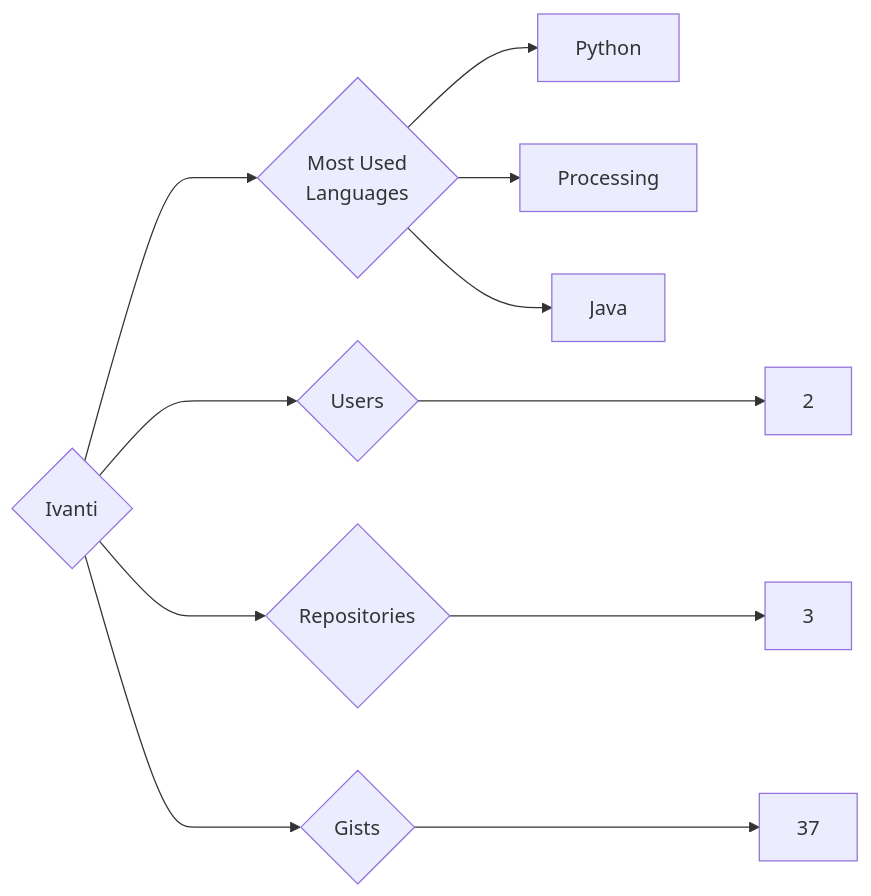
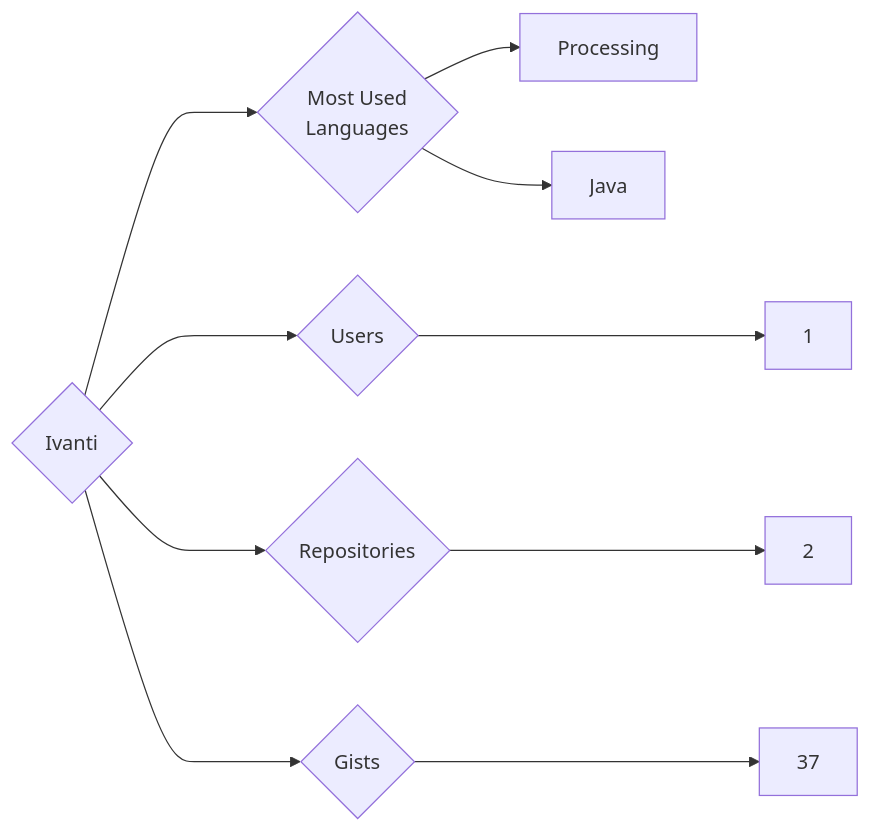
One commit to trickest/insiders changed the diagram in targets/Ivanti/README.md. Above: the diagram before and after it, drawn with Mermaid. The commit also changed 815 other files, not shown here.

````diff
--- a/targets/Ivanti/README.md
+++ b/targets/Ivanti/README.md
@@ -3,11 +3,10 @@
 ```mermaid
 graph LR
 COMPANY_NAME{Ivanti}
-COMPANY_NAME ---> U{Users} ---> UN[2]
-COMPANY_NAME ---> R{Repositories} ---> RN[3]
+COMPANY_NAME ---> U{Users} ---> UN[1]
+COMPANY_NAME ---> R{Repositories} ---> RN[2]
 COMPANY_NAME ---> G{Gists} ---> GN[37]
 COMPANY_NAME ---> ML{Most Used<br>Languages}
-ML --> Python[Python]
 ML --> Processing[Processing]
 ML --> Java[Java]
 ```
````
